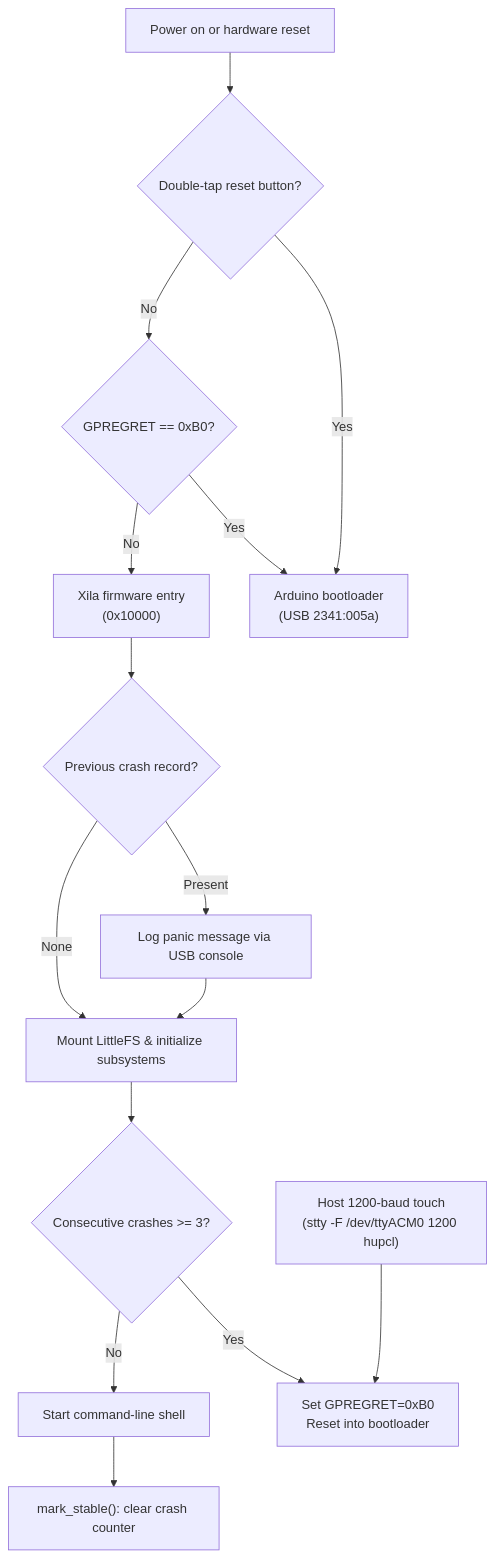
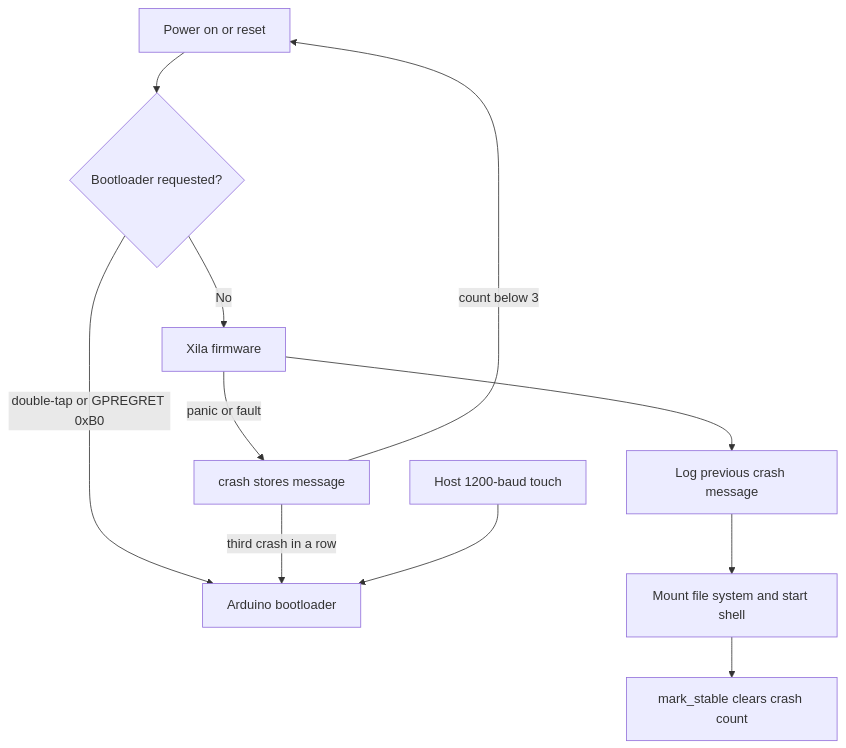
The diagram in src/content/docs/how-to/run-nano-33-ble.md (xila-project/website), drawn with Mermaid before and after one commit. The commit also changed other lines of this file and 3 other files, not shown here.

````diff
--- a/src/content/docs/how-to/run-nano-33-ble.md
+++ b/src/content/docs/how-to/run-nano-33-ble.md
@@ -138,21 +134,13 @@
 ```mermaid
 flowchart TD
-    PowerOn["Power on or hardware reset"] --> CheckDoubleTap{"Double-tap reset button?"}
-    CheckDoubleTap -->|Yes| Bootloader["Arduino bootloader\n(USB 2341:005a)"]
-    CheckDoubleTap -->|No| CheckGpregret{"GPREGRET == 0xB0?"}
-    CheckGpregret -->|Yes| Bootloader
-    CheckGpregret -->|No| FirmwareStart["Xila firmware entry\n(0x10000)"]
-
-    FirmwareStart --> ReadCrash{"Previous crash record?"}
-    ReadCrash -->|Present| LogCrash["Log panic message via USB console"]
-    ReadCrash -->|None| InitFS["Mount LittleFS & initialize subsystems"]
-    LogCrash --> InitFS
-
-    InitFS --> CheckCrashes{"Consecutive crashes >= 3?"}
-    CheckCrashes -->|Yes| ResetBootloader["Set GPREGRET=0xB0\nReset into bootloader"]
-    CheckCrashes -->|No| Shell["Start command-line shell"]
-
-    Shell --> MarkStable["mark_stable(): clear crash counter"]
-
-    HostTouch["Host 1200-baud touch\n(stty -F /dev/ttyACM0 1200 hupcl)"] --> ResetBootloader
+    Reset["Power on or reset"] --> Boot{"Bootloader requested?"}
+    Boot -->|"double-tap or GPREGRET 0xB0"| Bootloader["Arduino bootloader"]
+    Boot -->|No| Firmware["Xila firmware"]
+    Firmware --> Log["Log previous crash message"]
+    Log --> Start["Mount file system and start shell"]
+    Start --> Stable["mark_stable clears crash count"]
+    Firmware -->|panic or fault| Crash["crash stores message"]
+    Crash -->|"count below 3"| Reset
+    Crash -->|"third crash in a row"| Bootloader
+    Touch["Host 1200-baud touch"] --> Bootloader
 ```
````
